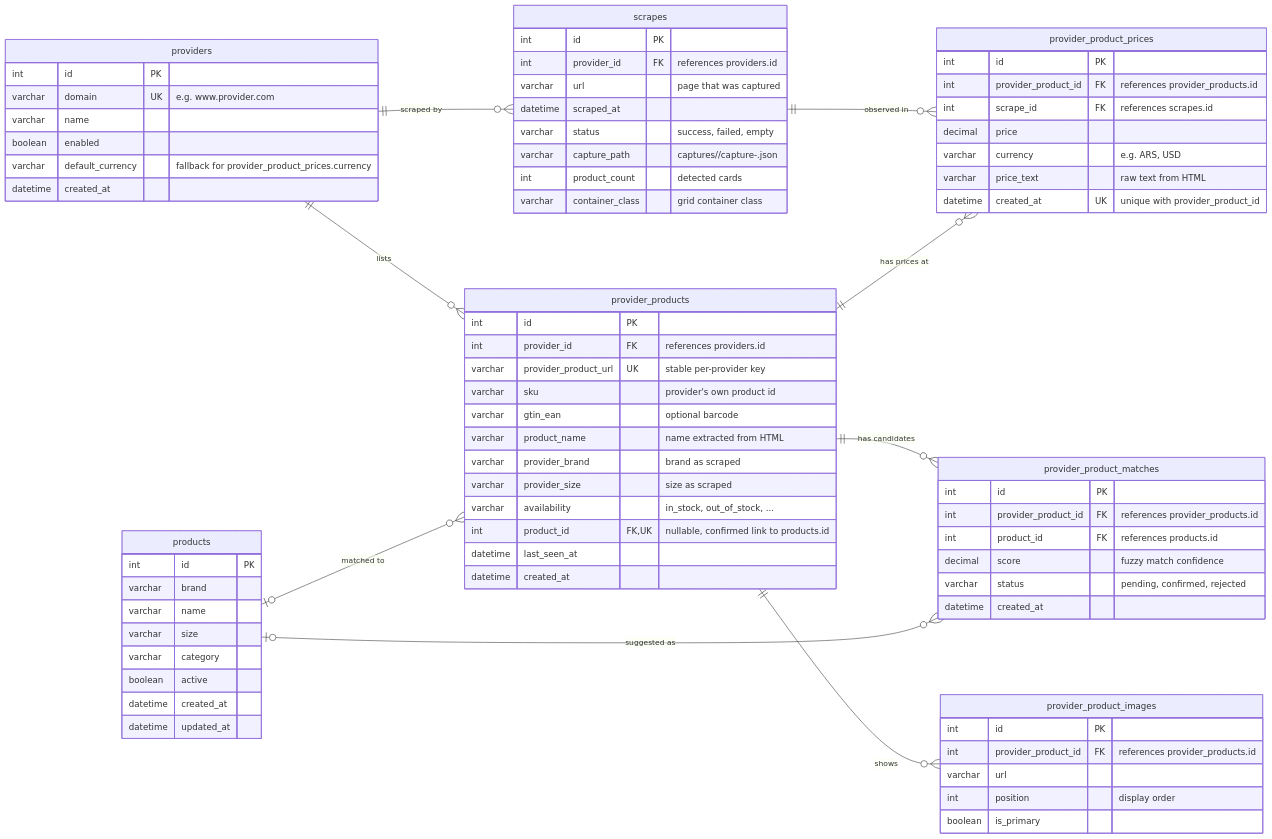
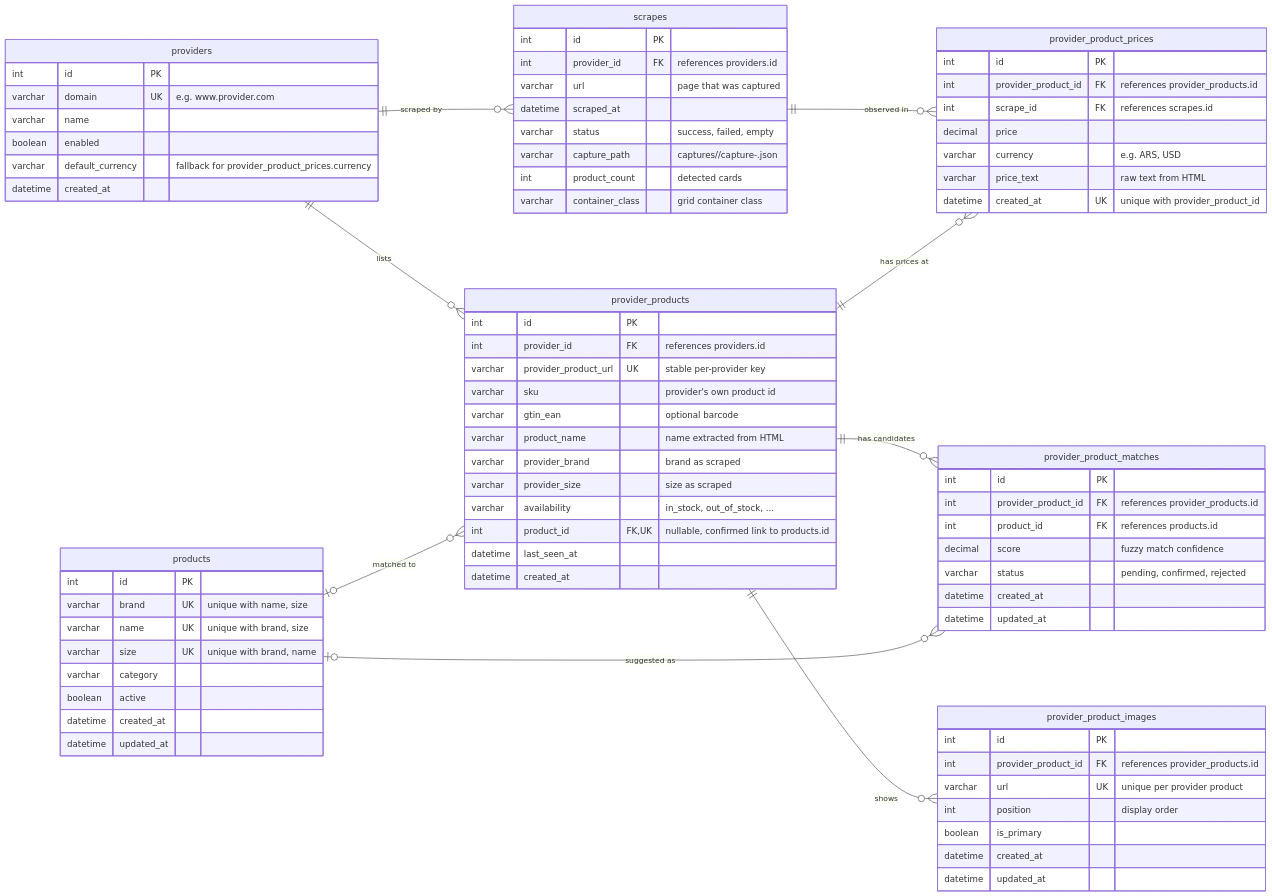
The diagram in DATABASE.md (romayengineer/price_hunter), drawn with Mermaid before and after one commit. The commit also changed other lines of this file and 4 other files, not shown here.

```diff
--- a/DATABASE.md
+++ b/DATABASE.md
@@ -17,9 +17,9 @@
 
     products {
         int id PK
-        varchar brand
-        varchar name
-        varchar size
+        varchar brand UK "unique with name, size"
+        varchar name UK "unique with brand, size"
+        varchar size UK "unique with brand, name"
         varchar category
         boolean active
         datetime created_at
@@ -55,9 +55,11 @@
     provider_product_images {
         int id PK
         int provider_product_id FK "references provider_products.id"
-        varchar url
+        varchar url UK "unique per provider product"
         int position "display order"
         boolean is_primary
+        datetime created_at
+        datetime updated_at
     }
 
     provider_product_matches {
@@ -67,6 +69,7 @@
         decimal score "fuzzy match confidence"
         varchar status "pending, confirmed, rejected"
         datetime created_at
+        datetime updated_at
     }
 
     provider_product_prices {
```
